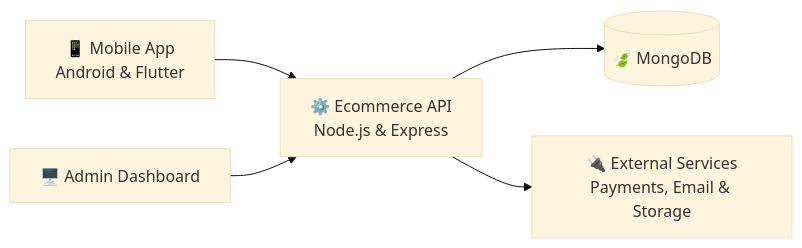
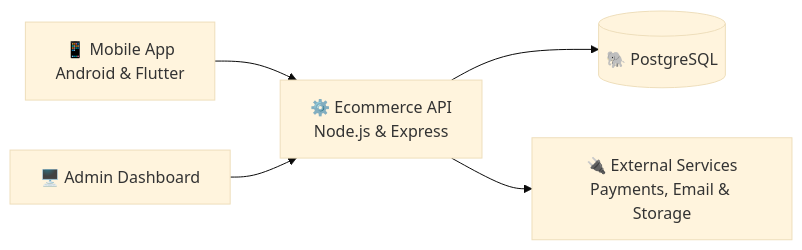
The diagram in README.md (mahdi-code007/ecommerce-api-typescript), drawn with Mermaid (base theme) before and after one commit. The commit also changed other lines of this file and 25 other files, not shown here.

First line of the commit message:
feat: migrate categories and products from MongoDB to PostgreSQL

````diff
--- a/README.md
+++ b/README.md
@@ -43,7 +43,7 @@
 ```mermaid
 flowchart LR
     Mobile["📱 Mobile App<br/>Android & Flutter"] --> API["⚙️ Ecommerce API<br/>Node.js & Express"]
     Dashboard["🖥️ Admin Dashboard"] --> API
-    API --> Database[("🍃 MongoDB")]
+    API --> Database[("🐘 PostgreSQL")]
     API --> Services["🔌 External Services<br/>Payments, Email & Storage"]
 ```
````
